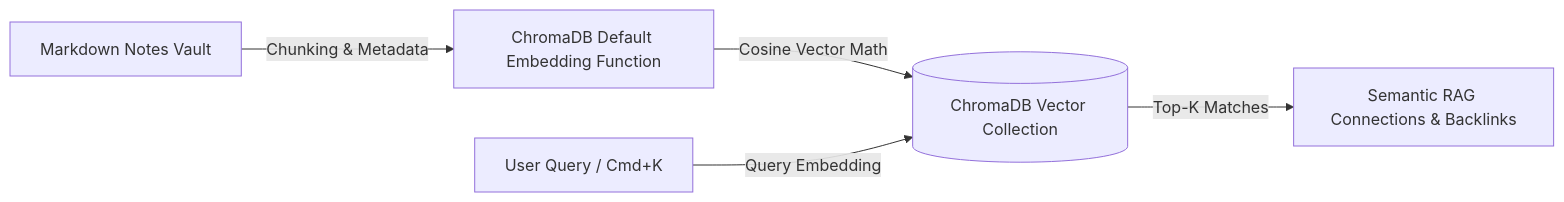
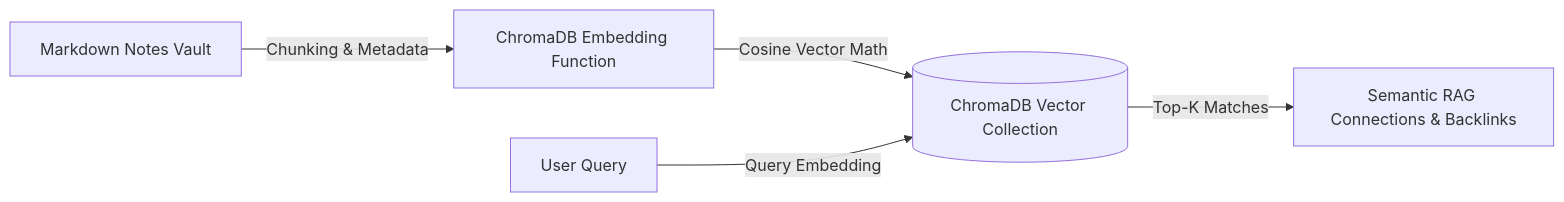
One commit to kritika-ghosh/OmniVault changed the third of 4 diagrams in README.md. Above: the diagram before and after it, drawn with Mermaid. The commit also changed other lines of this file, not shown here.

````diff
--- a/README.md
+++ b/README.md
@@ -203,7 +204,7 @@
 ```mermaid
 graph LR
-    Notes[Markdown Notes Vault] -->|Chunking & Metadata| Embedder[ChromaDB Default Embedding Function]
-    Embedder -->|Cosine Vector Math| Collection[(ChromaDB Vector Collection)]
-    Query[User Query / Cmd+K] -->|Query Embedding| Collection
-    Collection -->|Top-K Matches| Results[Semantic RAG Connections & Backlinks]
+    Notes["Markdown Notes Vault"] -->|"Chunking & Metadata"| Embedder["ChromaDB Embedding Function"]
+    Embedder -->|"Cosine Vector Math"| Collection[("ChromaDB Vector Collection")]
+    Query["User Query"] -->|"Query Embedding"| Collection
+    Collection -->|"Top-K Matches"| Results["Semantic RAG Connections & Backlinks"]
 ```
````
